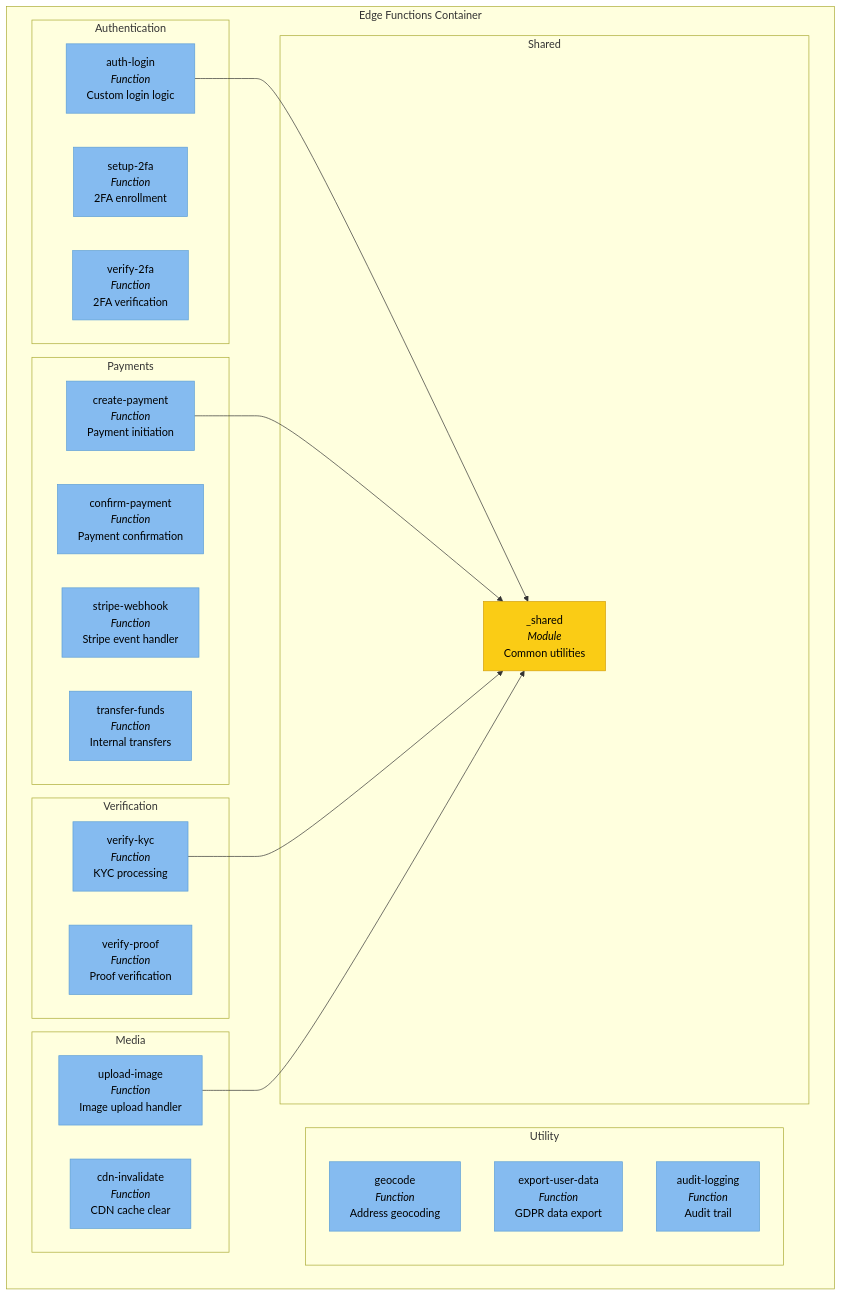
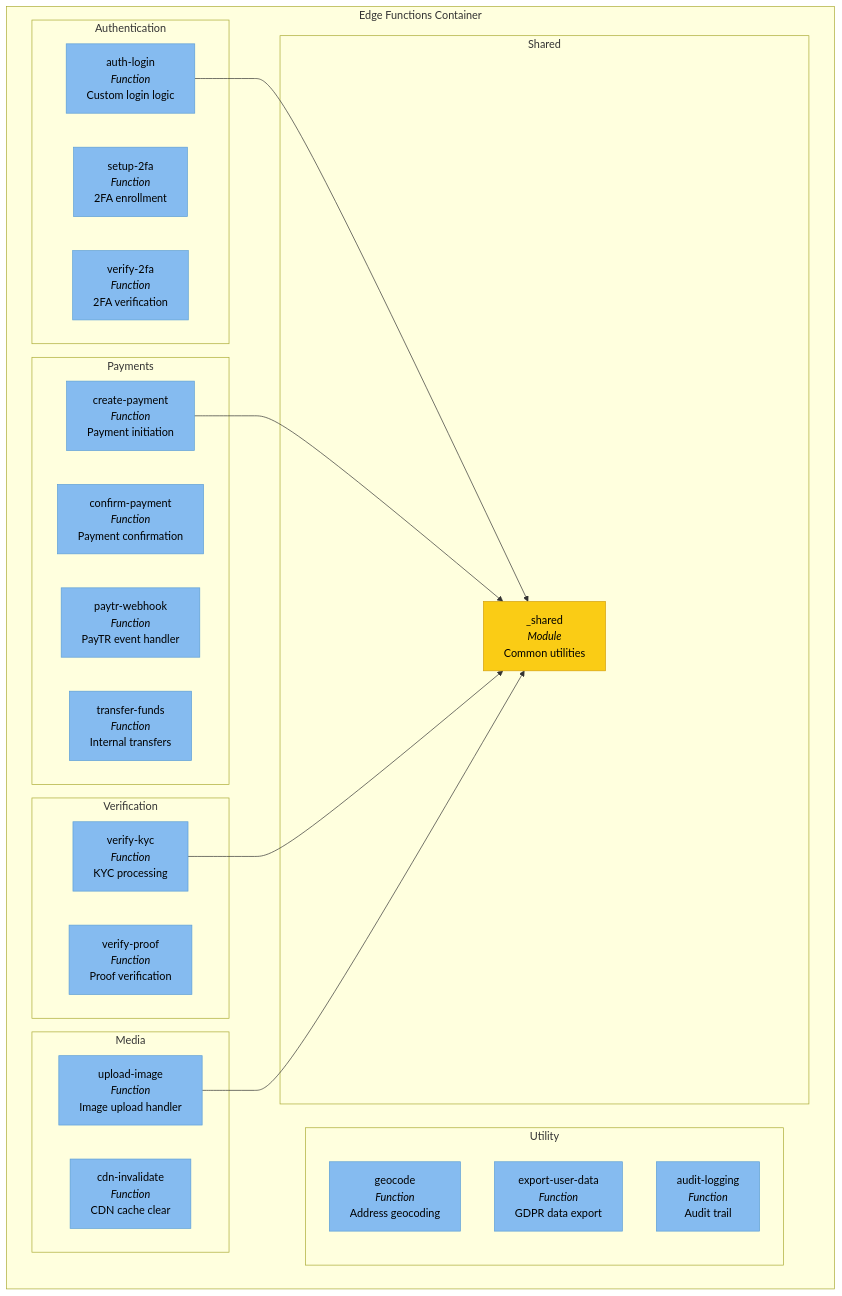
One commit to weareasocialyazilim/travelmatch changed the fourth of 12 diagrams in docs/architecture/C4_MODEL.md. Above: the diagram before and after it, drawn with Mermaid. The commit also changed other lines of this file and 16 other files, not shown here.

````diff
--- a/docs/architecture/C4_MODEL.md
+++ b/docs/architecture/C4_MODEL.md
@@ -292,58 +292,58 @@
 ```mermaid
 graph TB
     subgraph edge ["Edge Functions Container"]
         subgraph auth_funcs ["Authentication"]
             auth_login["auth-login<br/><i>Function</i><br/>Custom login logic"]
             setup_2fa["setup-2fa<br/><i>Function</i><br/>2FA enrollment"]
             verify_2fa["verify-2fa<br/><i>Function</i><br/>2FA verification"]
         end
 
         subgraph payment_funcs ["Payments"]
             create_payment["create-payment<br/><i>Function</i><br/>Payment initiation"]
             confirm_payment["confirm-payment<br/><i>Function</i><br/>Payment confirmation"]
-            stripe_webhook["stripe-webhook<br/><i>Function</i><br/>Stripe event handler"]
+            paytr_webhook["paytr-webhook<br/><i>Function</i><br/>PayTR event handler"]
             transfer_funds["transfer-funds<br/><i>Function</i><br/>Internal transfers"]
         end
 
         subgraph verification_funcs ["Verification"]
             verify_kyc["verify-kyc<br/><i>Function</i><br/>KYC processing"]
             verify_proof["verify-proof<br/><i>Function</i><br/>Proof verification"]
         end
 
         subgraph media_funcs ["Media"]
             upload_image["upload-image<br/><i>Function</i><br/>Image upload handler"]
             cdn_invalidate["cdn-invalidate<br/><i>Function</i><br/>CDN cache clear"]
         end
 
         subgraph utility_funcs ["Utility"]
             geocode["geocode<br/><i>Function</i><br/>Address geocoding"]
             export_data["export-user-data<br/><i>Function</i><br/>GDPR data export"]
             audit_log["audit-logging<br/><i>Function</i><br/>Audit trail"]
         end
 
         subgraph shared ["Shared"]
             shared_utils["_shared<br/><i>Module</i><br/>Common utilities"]
         end
     end
 
     auth_login --> shared_utils
     create_payment --> shared_utils
     verify_kyc --> shared_utils
     upload_image --> shared_utils
 
     style auth_login fill:#85bbf0,stroke:#5d9fd6,color:#000
     style setup_2fa fill:#85bbf0,stroke:#5d9fd6,color:#000
     style verify_2fa fill:#85bbf0,stroke:#5d9fd6,color:#000
     style create_payment fill:#85bbf0,stroke:#5d9fd6,color:#000
     style confirm_payment fill:#85bbf0,stroke:#5d9fd6,color:#000
-    style stripe_webhook fill:#85bbf0,stroke:#5d9fd6,color:#000
+    style paytr_webhook fill:#85bbf0,stroke:#5d9fd6,color:#000
     style transfer_funds fill:#85bbf0,stroke:#5d9fd6,color:#000
     style verify_kyc fill:#85bbf0,stroke:#5d9fd6,color:#000
     style verify_proof fill:#85bbf0,stroke:#5d9fd6,color:#000
     style upload_image fill:#85bbf0,stroke:#5d9fd6,color:#000
     style cdn_invalidate fill:#85bbf0,stroke:#5d9fd6,color:#000
     style geocode fill:#85bbf0,stroke:#5d9fd6,color:#000
     style export_data fill:#85bbf0,stroke:#5d9fd6,color:#000
     style audit_log fill:#85bbf0,stroke:#5d9fd6,color:#000
     style shared_utils fill:#facc15,stroke:#d4a00f,color:#000
 ```
````
